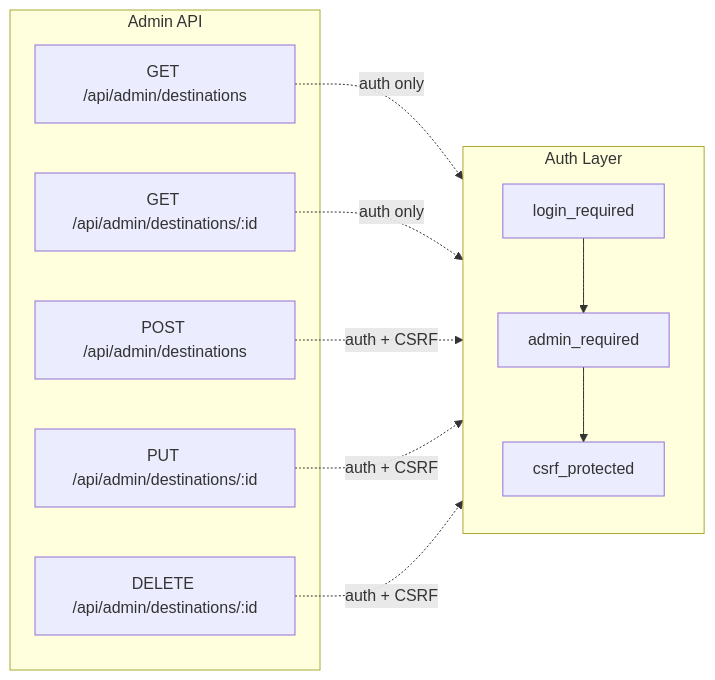
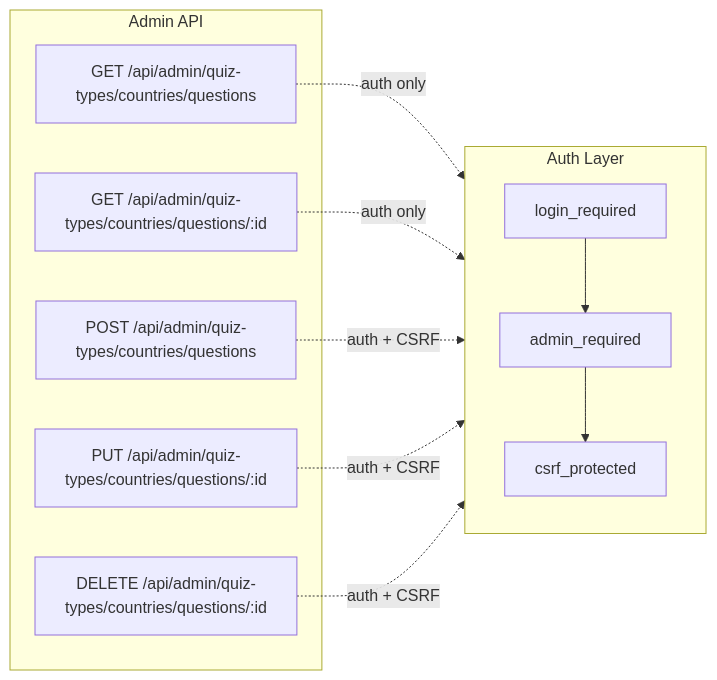
Before and after one commit to fylke/quizzler: the second of 2 diagrams in docs/admin_page.md, drawn with Mermaid. The commit also changed other lines of this file and 10 other files, not shown here.

Commit message:
Consolidate admin routes and quiz session state

````diff
--- a/docs/admin_page.md
+++ b/docs/admin_page.md
@@ -32,22 +32,22 @@
 ```mermaid
 flowchart LR
     subgraph Auth["Auth Layer"]
         direction TB
         A1[login_required] --> A2[admin_required]
         A2 --> A3[csrf_protected]
     end
 
     subgraph Endpoints["Admin API"]
-        GET_LIST["GET /api/admin/destinations"]
-        GET_ONE["GET /api/admin/destinations/:id"]
-        POST["POST /api/admin/destinations"]
-        PUT["PUT /api/admin/destinations/:id"]
-        DELETE["DELETE /api/admin/destinations/:id"]
+        GET_LIST["GET /api/admin/quiz-types/countries/questions"]
+        GET_ONE["GET /api/admin/quiz-types/countries/questions/:id"]
+        POST["POST /api/admin/quiz-types/countries/questions"]
+        PUT["PUT /api/admin/quiz-types/countries/questions/:id"]
+        DELETE["DELETE /api/admin/quiz-types/countries/questions/:id"]
     end
 
     GET_LIST -.->|"auth only"| A2
     GET_ONE -.->|"auth only"| A2
     POST -.->|"auth + CSRF"| A3
     PUT -.->|"auth + CSRF"| A3
     DELETE -.->|"auth + CSRF"| A3
 ```
````
